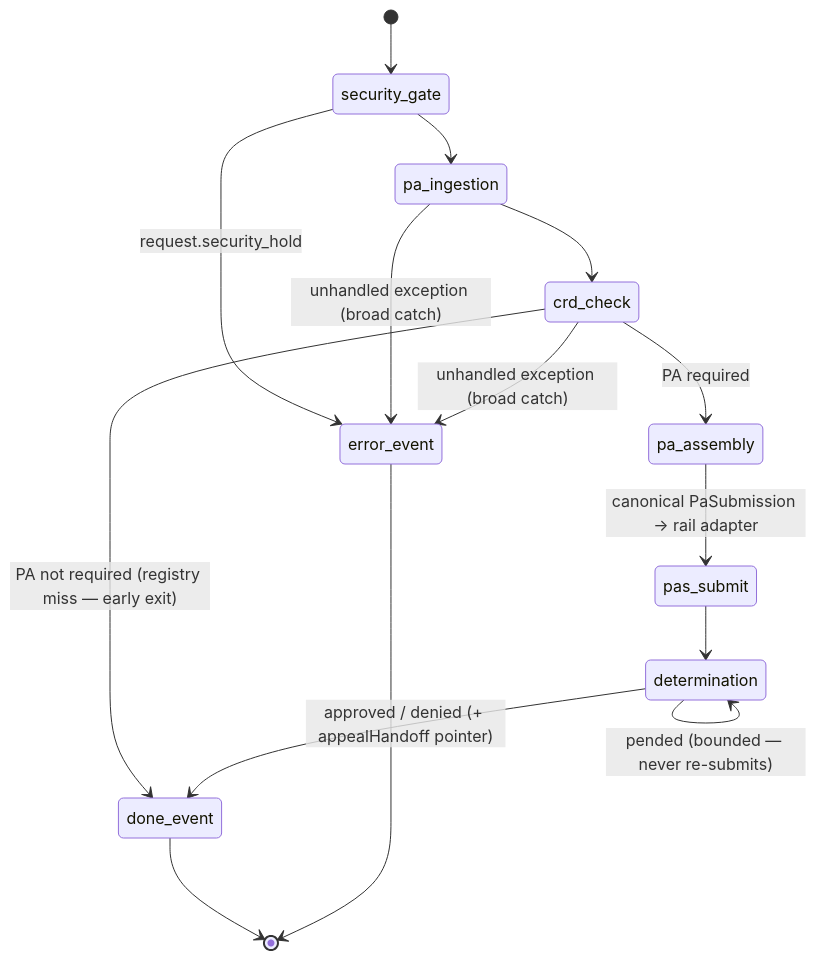
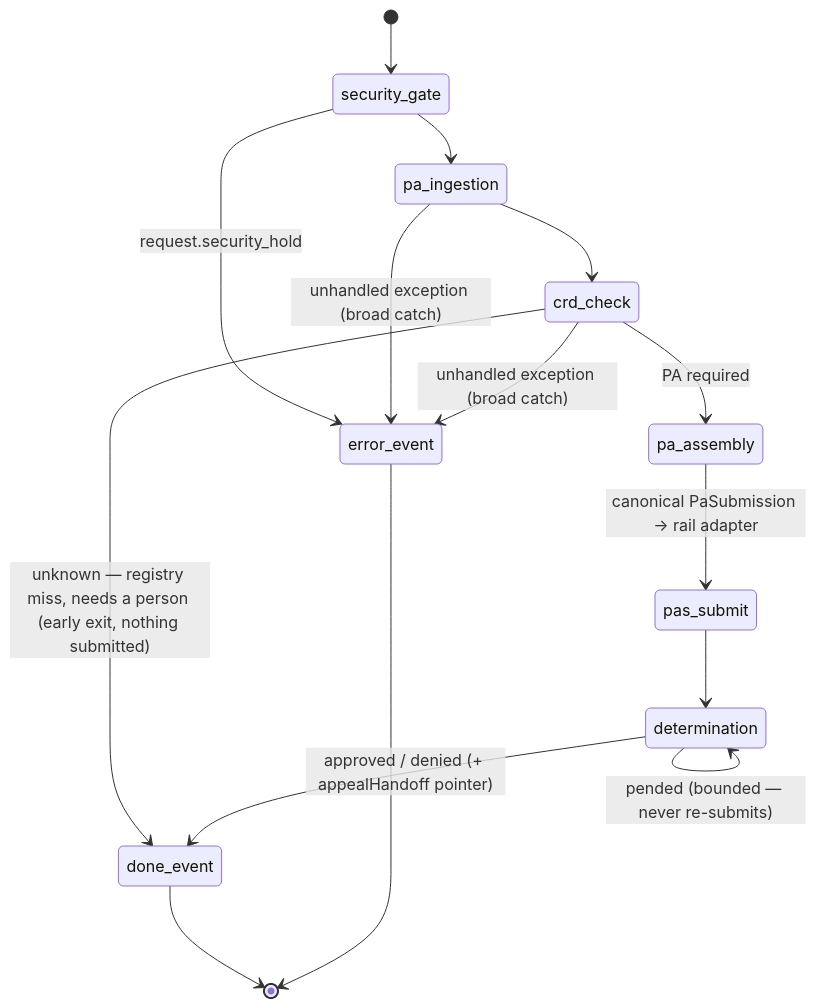
Before and after one commit to mcruz90/paxos-demo: the fourth of 5 diagrams in docs/architecture/05-state-lifecycle.md, drawn with Mermaid. The commit also changed other lines of this file and 10 other files, not shown here.

First line of the commit message:
fix(crd): GREEN — a registry miss is "unknown — needs review by a person", never "PA not required"

````diff
--- a/docs/architecture/05-state-lifecycle.md
+++ b/docs/architecture/05-state-lifecycle.md
@@ -154,17 +154,17 @@
 ```mermaid
 stateDiagram-v2
     [*] --> security_gate
     security_gate --> error_event : request.security_hold
     security_gate --> pa_ingestion
     pa_ingestion --> crd_check
-    crd_check --> done_event : PA not required (registry miss — early exit)
+    crd_check --> done_event : unknown — registry miss, needs a person (early exit, nothing submitted)
     crd_check --> pa_assembly : PA required
     pa_assembly --> pas_submit : canonical PaSubmission → rail adapter
     pas_submit --> determination
     determination --> determination : pended (bounded — never re-submits)
     determination --> done_event : approved / denied (+ appealHandoff pointer)
     pa_ingestion --> error_event : unhandled exception (broad catch)
     crd_check --> error_event : unhandled exception (broad catch)
     done_event --> [*]
     error_event --> [*]
 ```
````
